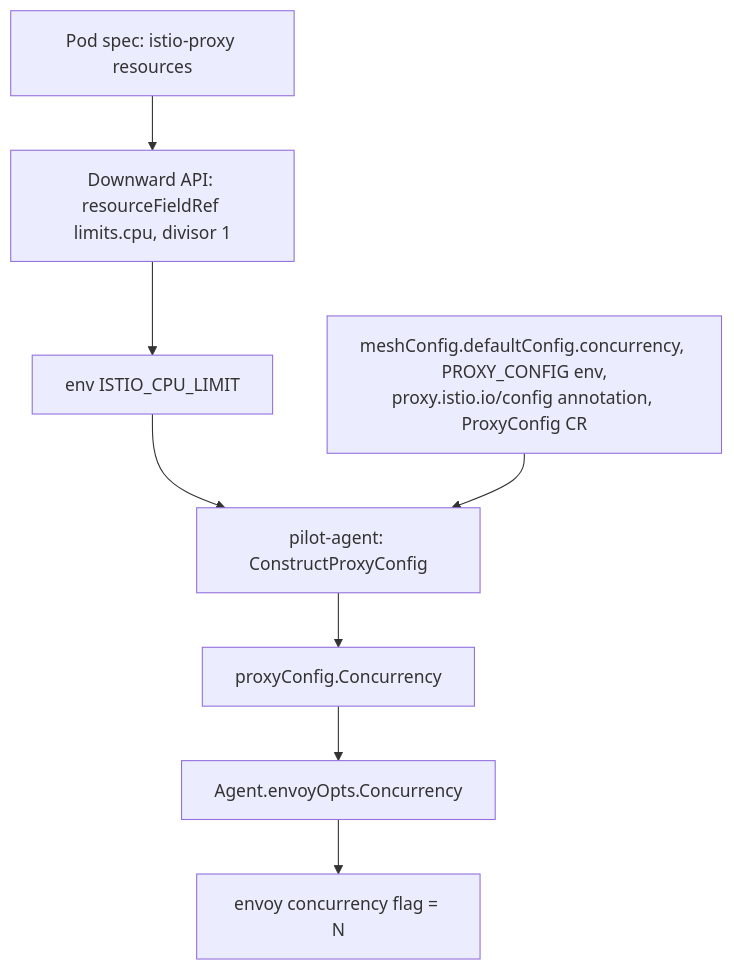
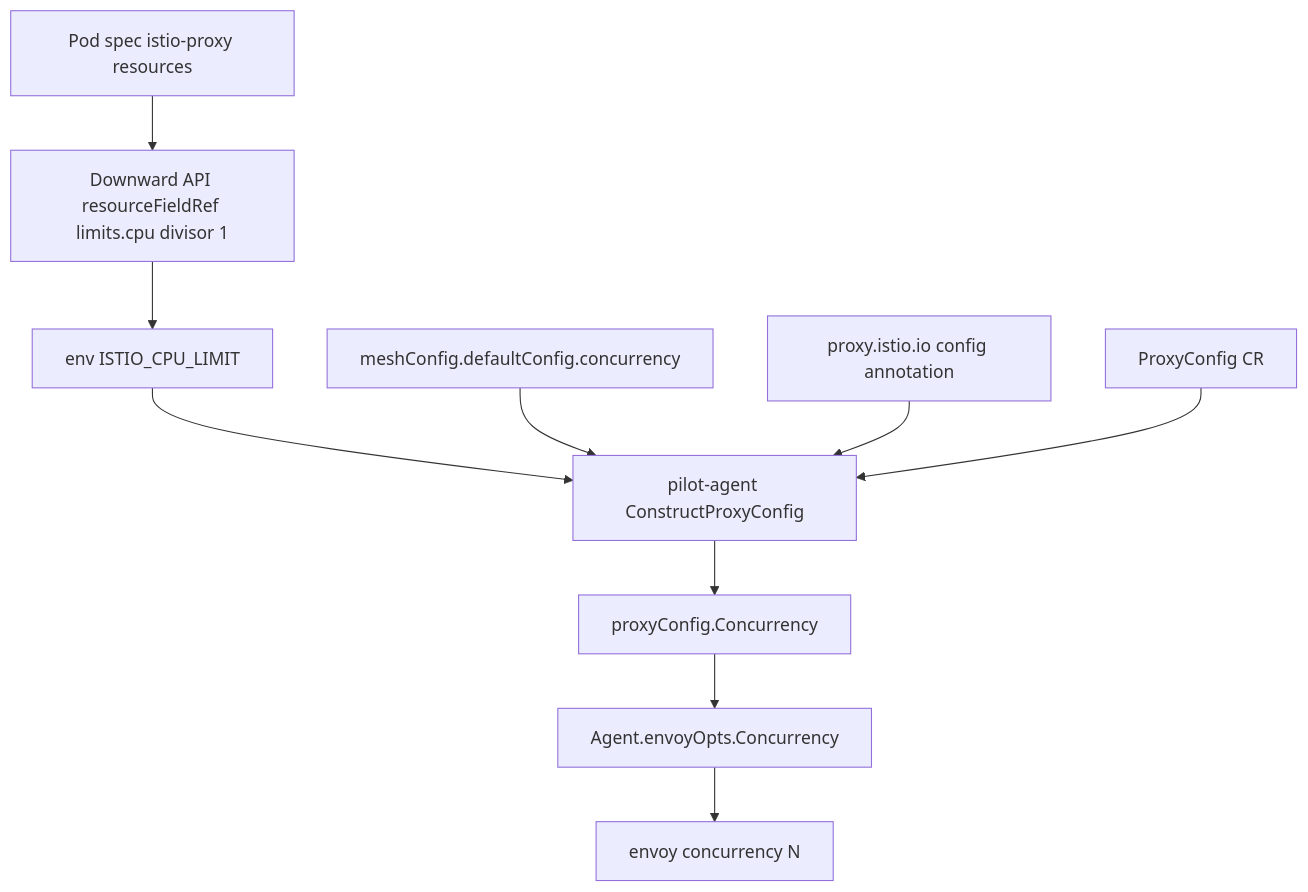
The diagram in docs/istio-sidecar-cpu-sizing.md (h0tbird/meshlab), drawn with Mermaid before and after one commit.

````diff
--- a/docs/istio-sidecar-cpu-sizing.md
+++ b/docs/istio-sidecar-cpu-sizing.md
@@ -70,19 +70,22 @@
 ```mermaid
-flowchart TD
-    A["Pod spec: istio-proxy resources"]
-    B["Downward API: resourceFieldRef limits.cpu, divisor 1"]
-    C["env ISTIO_CPU_LIMIT"]
-    E["meshConfig.defaultConfig.concurrency, PROXY_CONFIG env,<br>proxy.istio.io/config annotation, ProxyConfig CR"]
-    D["pilot-agent: ConstructProxyConfig"]
-    F["proxyConfig.Concurrency"]
-    G["Agent.envoyOpts.Concurrency"]
-    H["envoy concurrency flag = N"]
-
-    A --> B
-    B --> C
-    C --> D
-    E --> D
-    D --> F
-    F --> G
-    G --> H
+graph TD
+  A[Pod spec istio-proxy resources]
+  B[Downward API resourceFieldRef limits.cpu divisor 1]
+  C[env ISTIO_CPU_LIMIT]
+  D[pilot-agent ConstructProxyConfig]
+  E1[meshConfig.defaultConfig.concurrency]
+  E2[proxy.istio.io config annotation]
+  E3[ProxyConfig CR]
+  F[proxyConfig.Concurrency]
+  G[Agent.envoyOpts.Concurrency]
+  H[envoy concurrency N]
+  A --> B
+  B --> C
+  C --> D
+  E1 --> D
+  E2 --> D
+  E3 --> D
+  D --> F
+  F --> G
+  G --> H
 ```
````
